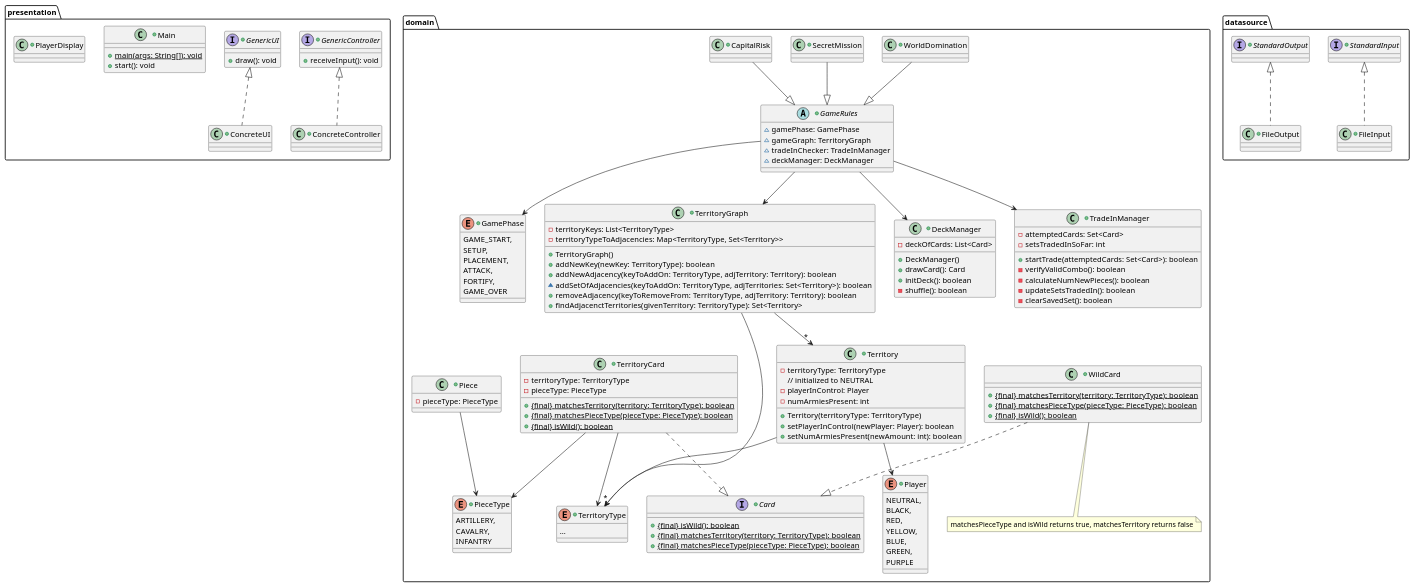
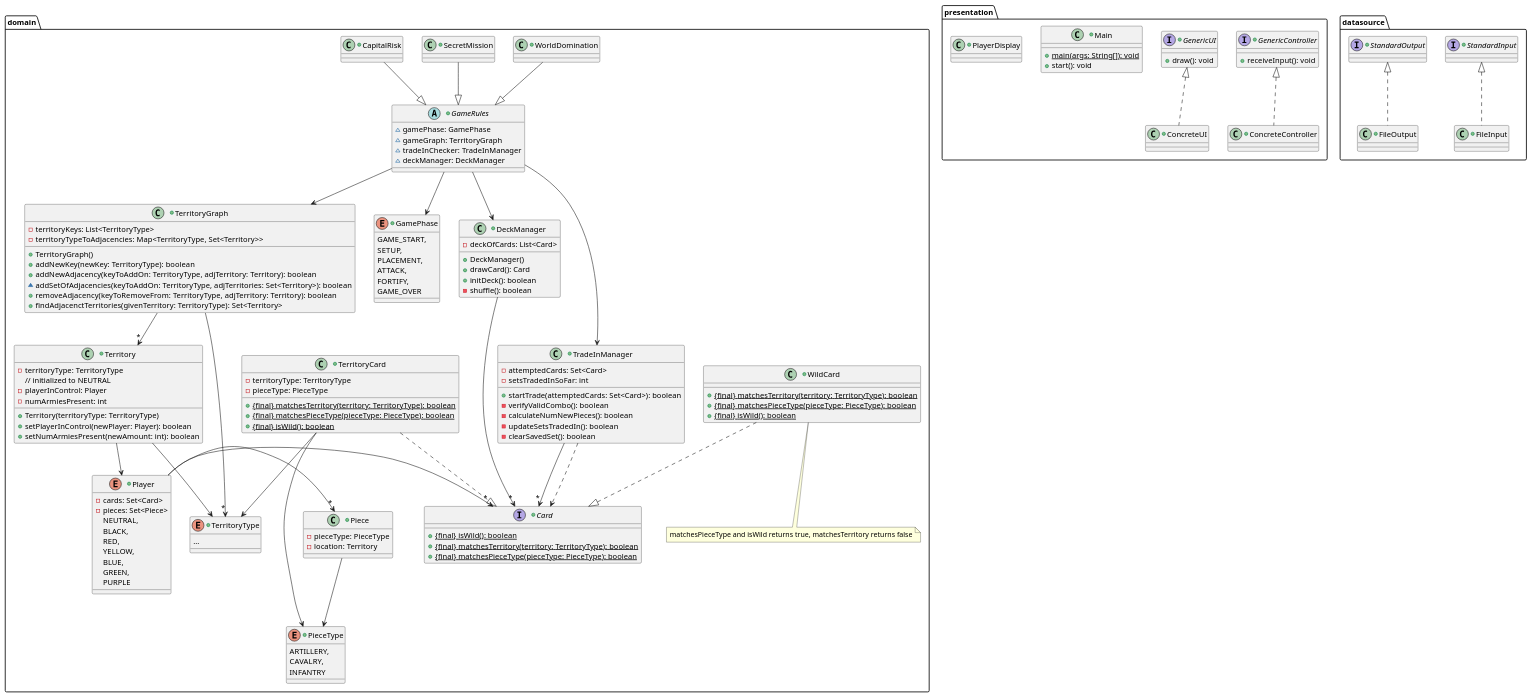
The diagram in docs/design/classes.puml (wynessgp/sqa-risk-recreation), drawn with PlantUML before and after one commit.

Commit message:
Add missing dependencies

```diff
--- a/docs/design/classes.puml
+++ b/docs/design/classes.puml
@@ -78,6 +78,8 @@
         -shuffle(): boolean
     }
 
+    DeckManager -> "*" Card
+
     +class TradeInManager {
         -attemptedCards: Set<Card>
         -setsTradedInSoFar: int
@@ -88,12 +90,20 @@
         -clearSavedSet(): boolean
     }
 
+    TradeInManager -d-> "*" Card
+    TradeInManager .d.> Card
+
     +class Player {
+        -cards: Set<Card>
+        -pieces: Set<Piece>
+    }
 
-    }
+    Player -> "*" Piece
+    Player -> "*" Card
 
     +class Piece {
         -pieceType: PieceType
+        -location: Territory
     }
 
     +enum PieceType {
```
